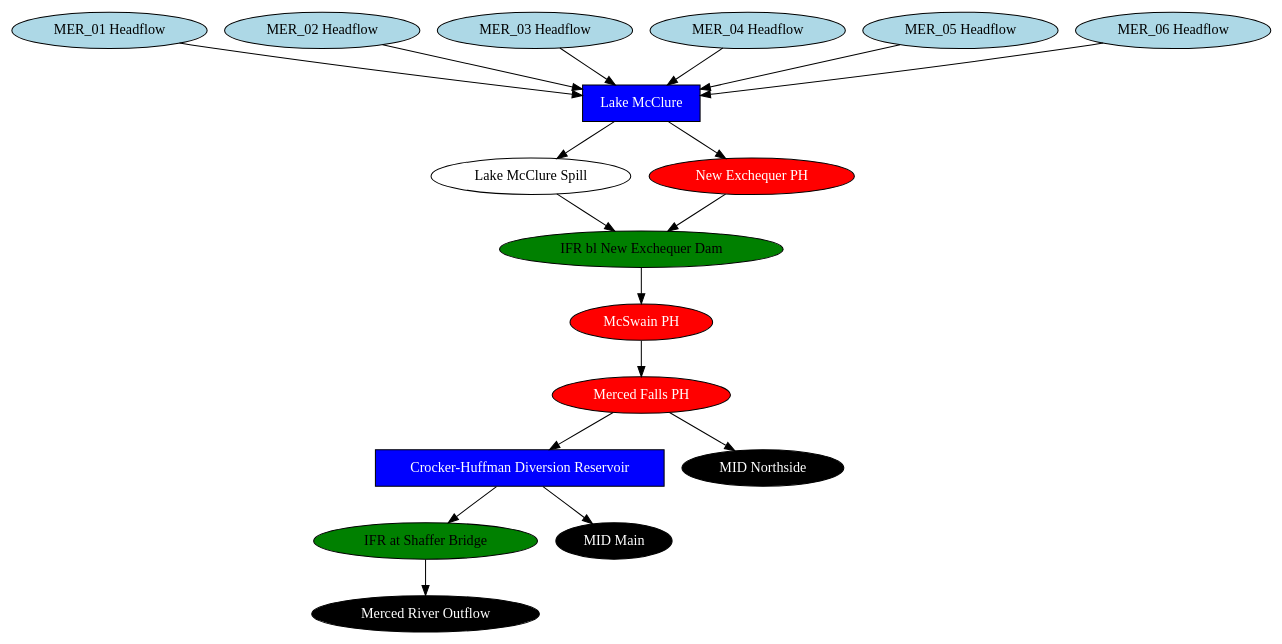
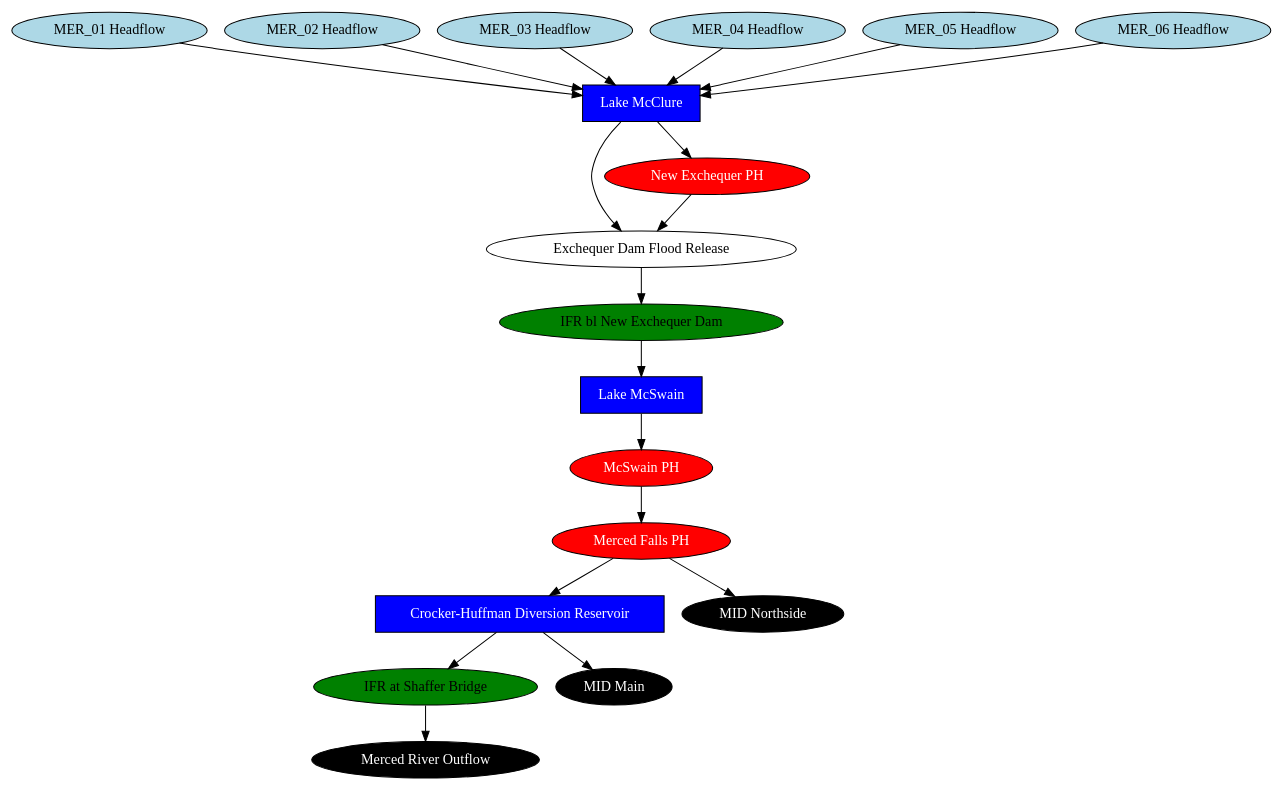
One commit to vicelab/cen-sierra-pywr changed the diagram in schematics/merced_schematic_simplified.gv. Above: the diagram before and after it, drawn with Graphviz. The commit also changed 7 other files, not shown here.

```diff
--- a/schematics/merced_schematic_simplified.gv
+++ b/schematics/merced_schematic_simplified.gv
@@ -1,37 +1,39 @@
 // merced
 digraph merced {
+	"Exchequer Dam Flood Release" [fillcolor=white fontcolor=black shape=oval style=filled]
 	"IFR bl New Exchequer Dam" [fillcolor=green fontcolor=black shape=oval style=filled]
 	"Crocker-Huffman Diversion Reservoir" [fillcolor=blue fontcolor=white shape=rect style=filled]
 	"Lake McClure" [fillcolor=blue fontcolor=white shape=rect style=filled]
-	"Lake McClure Spill" [fillcolor=white fontcolor=black shape=oval style=filled]
+	"Lake McSwain" [fillcolor=blue fontcolor=white shape=rect style=filled]
 	"McSwain PH" [fillcolor=red fontcolor=white shape=oval style=filled]
 	"Merced Falls PH" [fillcolor=red fontcolor=white shape=oval style=filled]
 	"IFR at Shaffer Bridge" [fillcolor=green fontcolor=black shape=oval style=filled]
 	"Merced River Outflow" [fillcolor=black fontcolor=white shape=oval style=filled]
 	"MER_01 Headflow" [fillcolor=lightblue fontcolor=black shape=oval style=filled]
 	"MER_02 Headflow" [fillcolor=lightblue fontcolor=black shape=oval style=filled]
 	"MER_03 Headflow" [fillcolor=lightblue fontcolor=black shape=oval style=filled]
 	"MER_04 Headflow" [fillcolor=lightblue fontcolor=black shape=oval style=filled]
 	"MER_05 Headflow" [fillcolor=lightblue fontcolor=black shape=oval style=filled]
 	"MER_06 Headflow" [fillcolor=lightblue fontcolor=black shape=oval style=filled]
 	"MID Main" [fillcolor=black fontcolor=white shape=oval style=filled]
 	"MID Northside" [fillcolor=black fontcolor=white shape=oval style=filled]
 	"New Exchequer PH" [fillcolor=red fontcolor=white shape=oval style=filled]
-	"Lake McClure" -> "Lake McClure Spill"
 	"Lake McClure" -> "New Exchequer PH"
+	"New Exchequer PH" -> "Exchequer Dam Flood Release"
+	"Exchequer Dam Flood Release" -> "IFR bl New Exchequer Dam"
+	"IFR bl New Exchequer Dam" -> "Lake McSwain"
 	"Crocker-Huffman Diversion Reservoir" -> "MID Main"
+	"Lake McSwain" -> "McSwain PH"
 	"Crocker-Huffman Diversion Reservoir" -> "IFR at Shaffer Bridge"
 	"Merced Falls PH" -> "MID Northside"
-	"Lake McClure Spill" -> "IFR bl New Exchequer Dam"
-	"New Exchequer PH" -> "IFR bl New Exchequer Dam"
 	"Merced Falls PH" -> "Crocker-Huffman Diversion Reservoir"
-	"IFR bl New Exchequer Dam" -> "McSwain PH"
+	"Lake McClure" -> "Exchequer Dam Flood Release"
 	"McSwain PH" -> "Merced Falls PH"
 	"MER_01 Headflow" -> "Lake McClure"
 	"MER_02 Headflow" -> "Lake McClure"
 	"MER_03 Headflow" -> "Lake McClure"
 	"IFR at Shaffer Bridge" -> "Merced River Outflow"
 	"MER_04 Headflow" -> "Lake McClure"
 	"MER_05 Headflow" -> "Lake McClure"
 	"MER_06 Headflow" -> "Lake McClure"
 }
```
